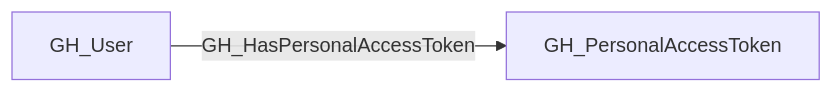
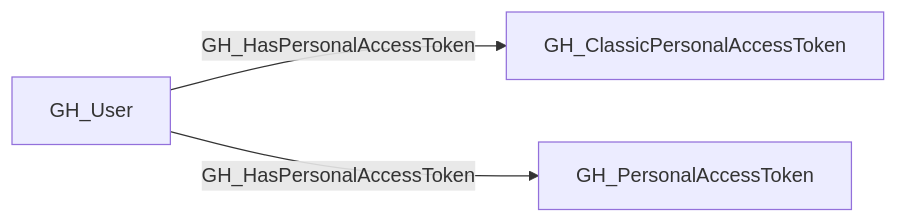
The first of 2 diagrams in docs/opengraph/extensions/github/edges/gh_haspersonalaccesstoken.mdx (SpecterOps/bloodhound-docs), drawn with Mermaid before and after one commit. The commit also changed other lines of this file and 30 other files, not shown here.

Commit message:
chore: update openhound github reference for schema v1.4.0

````diff
--- a/docs/opengraph/extensions/github/edges/gh_haspersonalaccesstoken.mdx
+++ b/docs/opengraph/extensions/github/edges/gh_haspersonalaccesstoken.mdx
@@ -16,6 +17,8 @@
 ```mermaid
 flowchart LR
+    GH_ClassicPersonalAccessToken["GH_ClassicPersonalAccessToken"]
     GH_PersonalAccessToken["GH_PersonalAccessToken"]
     GH_User["GH_User"]
+    GH_User -- GH_HasPersonalAccessToken --> GH_ClassicPersonalAccessToken
     GH_User -- GH_HasPersonalAccessToken --> GH_PersonalAccessToken
 ```
````
